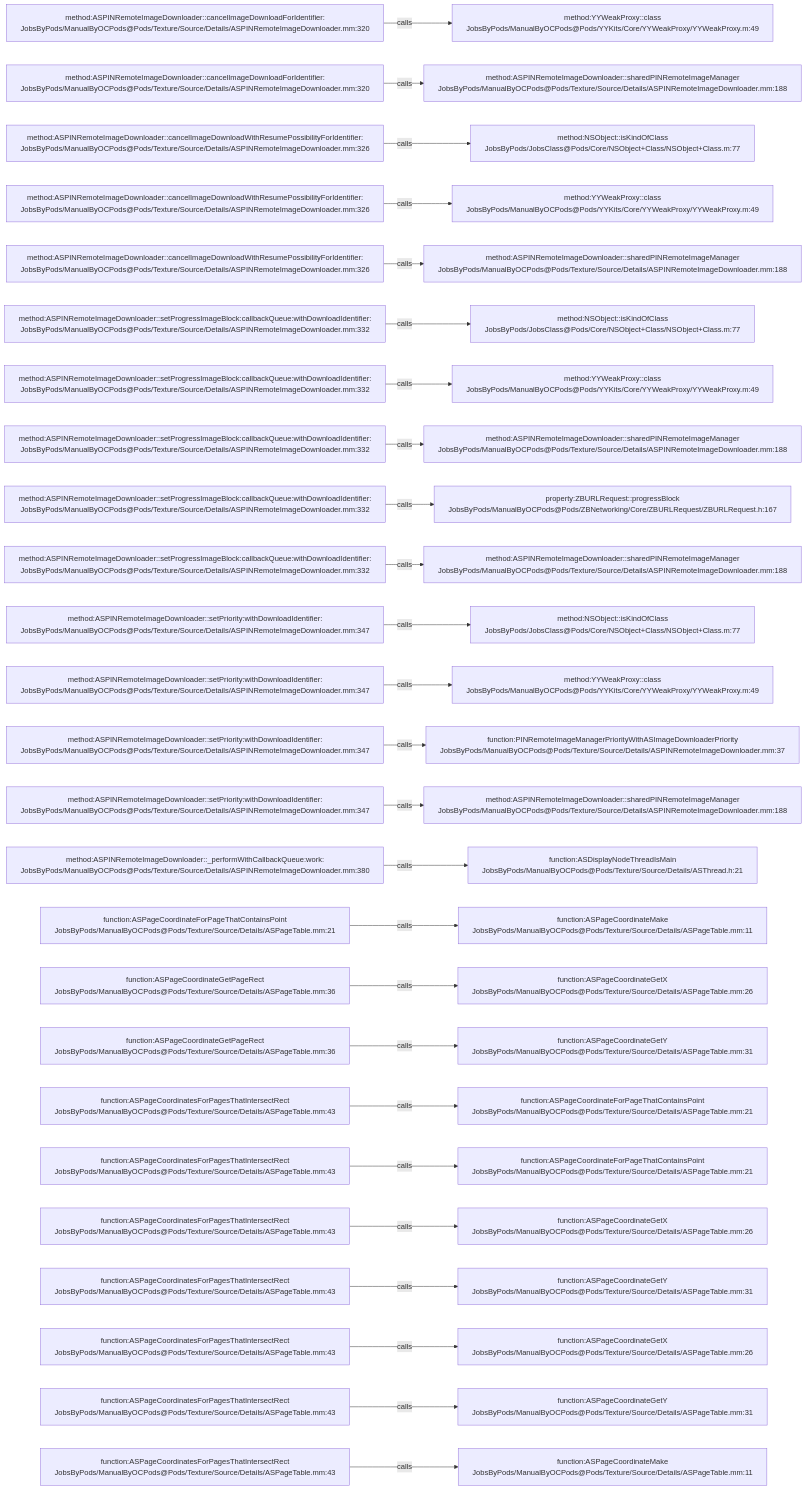
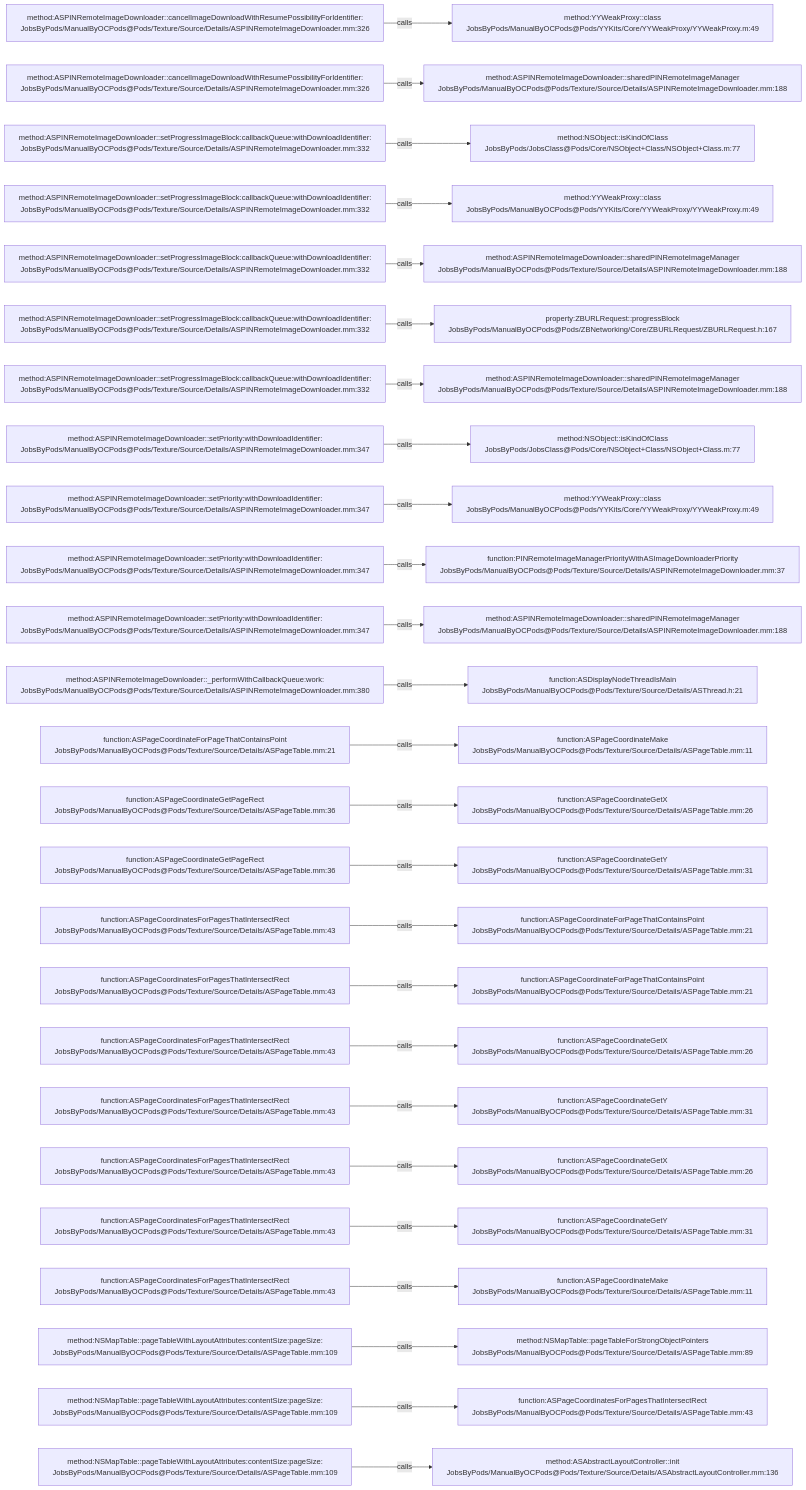
Before and after one commit to JobsKits/JobsOCBaseConfigDemo: the diagram in .codegraph/codegraph.md/graphs/calls-164.md, drawn with Mermaid. The commit also changed 342 other files, not shown here.

````diff
--- a/.codegraph/codegraph.md/graphs/calls-164.md
+++ b/.codegraph/codegraph.md/graphs/calls-164.md
@@ -13,78 +13,78 @@
 ```mermaid
 flowchart LR
-  S1["method:ASPINRemoteImageDownloader::cancelImageDownloadForIdentifier:<br/>JobsByPods/ManualByOCPods@Pods/Texture/Source/Details/ASPINRemoteImageDownloader.mm:320"]
+  S1["method:ASPINRemoteImageDownloader::cancelImageDownloadWithResumePossibilityForIdentifier:<br/>JobsByPods/ManualByOCPods@Pods/Texture/Source/Details/ASPINRemoteImageDownloader.mm:326"]
   T1["method:YYWeakProxy::class<br/>JobsByPods/ManualByOCPods@Pods/YYKits/Core/YYWeakProxy/YYWeakProxy.m:49"]
   S1 -->|calls| T1
-  S2["method:ASPINRemoteImageDownloader::cancelImageDownloadForIdentifier:<br/>JobsByPods/ManualByOCPods@Pods/Texture/Source/Details/ASPINRemoteImageDownloader.mm:320"]
+  S2["method:ASPINRemoteImageDownloader::cancelImageDownloadWithResumePossibilityForIdentifier:<br/>JobsByPods/ManualByOCPods@Pods/Texture/Source/Details/ASPINRemoteImageDownloader.mm:326"]
   T2["method:ASPINRemoteImageDownloader::sharedPINRemoteImageManager<br/>JobsByPods/ManualByOCPods@Pods/Texture/Source/Details/ASPINRemoteImageDownloader.mm:188"]
   S2 -->|calls| T2
-  S3["method:ASPINRemoteImageDownloader::cancelImageDownloadWithResumePossibilityForIdentifier:<br/>JobsByPods/ManualByOCPods@Pods/Texture/Source/Details/ASPINRemoteImageDownloader.mm:326"]
+  S3["method:ASPINRemoteImageDownloader::setProgressImageBlock:callbackQueue:withDownloadIdentifier:<br/>JobsByPods/ManualByOCPods@Pods/Texture/Source/Details/ASPINRemoteImageDownloader.mm:332"]
   T3["method:NSObject::isKindOfClass<br/>JobsByPods/JobsClass@Pods/Core/NSObject+Class/NSObject+Class.m:77"]
   S3 -->|calls| T3
-  S4["method:ASPINRemoteImageDownloader::cancelImageDownloadWithResumePossibilityForIdentifier:<br/>JobsByPods/ManualByOCPods@Pods/Texture/Source/Details/ASPINRemoteImageDownloader.mm:326"]
+  S4["method:ASPINRemoteImageDownloader::setProgressImageBlock:callbackQueue:withDownloadIdentifier:<br/>JobsByPods/ManualByOCPods@Pods/Texture/Source/Details/ASPINRemoteImageDownloader.mm:332"]
   T4["method:YYWeakProxy::class<br/>JobsByPods/ManualByOCPods@Pods/YYKits/Core/YYWeakProxy/YYWeakProxy.m:49"]
   S4 -->|calls| T4
-  S5["method:ASPINRemoteImageDownloader::cancelImageDownloadWithResumePossibilityForIdentifier:<br/>JobsByPods/ManualByOCPods@Pods/Texture/Source/Details/ASPINRemoteImageDownloader.mm:326"]
+  S5["method:ASPINRemoteImageDownloader::setProgressImageBlock:callbackQueue:withDownloadIdentifier:<br/>JobsByPods/ManualByOCPods@Pods/Texture/Source/Details/ASPINRemoteImageDownloader.mm:332"]
   T5["method:ASPINRemoteImageDownloader::sharedPINRemoteImageManager<br/>JobsByPods/ManualByOCPods@Pods/Texture/Source/Details/ASPINRemoteImageDownloader.mm:188"]
   S5 -->|calls| T5
   S6["method:ASPINRemoteImageDownloader::setProgressImageBlock:callbackQueue:withDownloadIdentifier:<br/>JobsByPods/ManualByOCPods@Pods/Texture/Source/Details/ASPINRemoteImageDownloader.mm:332"]
-  T6["method:NSObject::isKindOfClass<br/>JobsByPods/JobsClass@Pods/Core/NSObject+Class/NSObject+Class.m:77"]
+  T6["property:ZBURLRequest::progressBlock<br/>JobsByPods/ManualByOCPods@Pods/ZBNetworking/Core/ZBURLRequest/ZBURLRequest.h:167"]
   S6 -->|calls| T6
   S7["method:ASPINRemoteImageDownloader::setProgressImageBlock:callbackQueue:withDownloadIdentifier:<br/>JobsByPods/ManualByOCPods@Pods/Texture/Source/Details/ASPINRemoteImageDownloader.mm:332"]
-  T7["method:YYWeakProxy::class<br/>JobsByPods/ManualByOCPods@Pods/YYKits/Core/YYWeakProxy/YYWeakProxy.m:49"]
+  T7["method:ASPINRemoteImageDownloader::sharedPINRemoteImageManager<br/>JobsByPods/ManualByOCPods@Pods/Texture/Source/Details/ASPINRemoteImageDownloader.mm:188"]
   S7 -->|calls| T7
-  S8["method:ASPINRemoteImageDownloader::setProgressImageBlock:callbackQueue:withDownloadIdentifier:<br/>JobsByPods/ManualByOCPods@Pods/Texture/Source/Details/ASPINRemoteImageDownloader.mm:332"]
-  T8["method:ASPINRemoteImageDownloader::sharedPINRemoteImageManager<br/>JobsByPods/ManualByOCPods@Pods/Texture/Source/Details/ASPINRemoteImageDownloader.mm:188"]
+  S8["method:ASPINRemoteImageDownloader::setPriority:withDownloadIdentifier:<br/>JobsByPods/ManualByOCPods@Pods/Texture/Source/Details/ASPINRemoteImageDownloader.mm:347"]
+  T8["method:NSObject::isKindOfClass<br/>JobsByPods/JobsClass@Pods/Core/NSObject+Class/NSObject+Class.m:77"]
   S8 -->|calls| T8
-  S9["method:ASPINRemoteImageDownloader::setProgressImageBlock:callbackQueue:withDownloadIdentifier:<br/>JobsByPods/ManualByOCPods@Pods/Texture/Source/Details/ASPINRemoteImageDownloader.mm:332"]
-  T9["property:ZBURLRequest::progressBlock<br/>JobsByPods/ManualByOCPods@Pods/ZBNetworking/Core/ZBURLRequest/ZBURLRequest.h:167"]
+  S9["method:ASPINRemoteImageDownloader::setPriority:withDownloadIdentifier:<br/>JobsByPods/ManualByOCPods@Pods/Texture/Source/Details/ASPINRemoteImageDownloader.mm:347"]
+  T9["method:YYWeakProxy::class<br/>JobsByPods/ManualByOCPods@Pods/YYKits/Core/YYWeakProxy/YYWeakProxy.m:49"]
   S9 -->|calls| T9
-  S10["method:ASPINRemoteImageDownloader::setProgressImageBlock:callbackQueue:withDownloadIdentifier:<br/>JobsByPods/ManualByOCPods@Pods/Texture/Source/Details/ASPINRemoteImageDownloader.mm:332"]
-  T10["method:ASPINRemoteImageDownloader::sharedPINRemoteImageManager<br/>JobsByPods/ManualByOCPods@Pods/Texture/Source/Details/ASPINRemoteImageDownloader.mm:188"]
+  S10["method:ASPINRemoteImageDownloader::setPriority:withDownloadIdentifier:<br/>JobsByPods/ManualByOCPods@Pods/Texture/Source/Details/ASPINRemoteImageDownloader.mm:347"]
+  T10["function:PINRemoteImageManagerPriorityWithASImageDownloaderPriority<br/>JobsByPods/ManualByOCPods@Pods/Texture/Source/Details/ASPINRemoteImageDownloader.mm:37"]
   S10 -->|calls| T10
   S11["method:ASPINRemoteImageDownloader::setPriority:withDownloadIdentifier:<br/>JobsByPods/ManualByOCPods@Pods/Texture/Source/Details/ASPINRemoteImageDownloader.mm:347"]
-  T11["method:NSObject::isKindOfClass<br/>JobsByPods/JobsClass@Pods/Core/NSObject+Class/NSObject+Class.m:77"]
+  T11["method:ASPINRemoteImageDownloader::sharedPINRemoteImageManager<br/>JobsByPods/ManualByOCPods@Pods/Texture/Source/Details/ASPINRemoteImageDownloader.mm:188"]
   S11 -->|calls| T11
-  S12["method:ASPINRemoteImageDownloader::setPriority:withDownloadIdentifier:<br/>JobsByPods/ManualByOCPods@Pods/Texture/Source/Details/ASPINRemoteImageDownloader.mm:347"]
-  T12["method:YYWeakProxy::class<br/>JobsByPods/ManualByOCPods@Pods/YYKits/Core/YYWeakProxy/YYWeakProxy.m:49"]
+  S12["method:ASPINRemoteImageDownloader::_performWithCallbackQueue:work:<br/>JobsByPods/ManualByOCPods@Pods/Texture/Source/Details/ASPINRemoteImageDownloader.mm:380"]
+  T12["function:ASDisplayNodeThreadIsMain<br/>JobsByPods/ManualByOCPods@Pods/Texture/Source/Details/ASThread.h:21"]
   S12 -->|calls| T12
-  S13["method:ASPINRemoteImageDownloader::setPriority:withDownloadIdentifier:<br/>JobsByPods/ManualByOCPods@Pods/Texture/Source/Details/ASPINRemoteImageDownloader.mm:347"]
-  T13["function:PINRemoteImageManagerPriorityWithASImageDownloaderPriority<br/>JobsByPods/ManualByOCPods@Pods/Texture/Source/Details/ASPINRemoteImageDownloader.mm:37"]
+  S13["function:ASPageCoordinateForPageThatContainsPoint<br/>JobsByPods/ManualByOCPods@Pods/Texture/Source/Details/ASPageTable.mm:21"]
+  T13["function:ASPageCoordinateMake<br/>JobsByPods/ManualByOCPods@Pods/Texture/Source/Details/ASPageTable.mm:11"]
   S13 -->|calls| T13
-  S14["method:ASPINRemoteImageDownloader::setPriority:withDownloadIdentifier:<br/>JobsByPods/ManualByOCPods@Pods/Texture/Source/Details/ASPINRemoteImageDownloader.mm:347"]
-  T14["method:ASPINRemoteImageDownloader::sharedPINRemoteImageManager<br/>JobsByPods/ManualByOCPods@Pods/Texture/Source/Details/ASPINRemoteImageDownloader.mm:188"]
+  S14["function:ASPageCoordinateGetPageRect<br/>JobsByPods/ManualByOCPods@Pods/Texture/Source/Details/ASPageTable.mm:36"]
+  T14["function:ASPageCoordinateGetX<br/>JobsByPods/ManualByOCPods@Pods/Texture/Source/Details/ASPageTable.mm:26"]
   S14 -->|calls| T14
-  S15["method:ASPINRemoteImageDownloader::_performWithCallbackQueue:work:<br/>JobsByPods/ManualByOCPods@Pods/Texture/Source/Details/ASPINRemoteImageDownloader.mm:380"]
-  T15["function:ASDisplayNodeThreadIsMain<br/>JobsByPods/ManualByOCPods@Pods/Texture/Source/Details/ASThread.h:21"]
+  S15["function:ASPageCoordinateGetPageRect<br/>JobsByPods/ManualByOCPods@Pods/Texture/Source/Details/ASPageTable.mm:36"]
+  T15["function:ASPageCoordinateGetY<br/>JobsByPods/ManualByOCPods@Pods/Texture/Source/Details/ASPageTable.mm:31"]
   S15 -->|calls| T15
-  S16["function:ASPageCoordinateForPageThatContainsPoint<br/>JobsByPods/ManualByOCPods@Pods/Texture/Source/Details/ASPageTable.mm:21"]
-  T16["function:ASPageCoordinateMake<br/>JobsByPods/ManualByOCPods@Pods/Texture/Source/Details/ASPageTable.mm:11"]
+  S16["function:ASPageCoordinatesForPagesThatIntersectRect<br/>JobsByPods/ManualByOCPods@Pods/Texture/Source/Details/ASPageTable.mm:43"]
+  T16["function:ASPageCoordinateForPageThatContainsPoint<br/>JobsByPods/ManualByOCPods@Pods/Texture/Source/Details/ASPageTable.mm:21"]
   S16 -->|calls| T16
-  S17["function:ASPageCoordinateGetPageRect<br/>JobsByPods/ManualByOCPods@Pods/Texture/Source/Details/ASPageTable.mm:36"]
-  T17["function:ASPageCoordinateGetX<br/>JobsByPods/ManualByOCPods@Pods/Texture/Source/Details/ASPageTable.mm:26"]
+  S17["function:ASPageCoordinatesForPagesThatIntersectRect<br/>JobsByPods/ManualByOCPods@Pods/Texture/Source/Details/ASPageTable.mm:43"]
+  T17["function:ASPageCoordinateForPageThatContainsPoint<br/>JobsByPods/ManualByOCPods@Pods/Texture/Source/Details/ASPageTable.mm:21"]
   S17 -->|calls| T17
-  S18["function:ASPageCoordinateGetPageRect<br/>JobsByPods/ManualByOCPods@Pods/Texture/Source/Details/ASPageTable.mm:36"]
-  T18["function:ASPageCoordinateGetY<br/>JobsByPods/ManualByOCPods@Pods/Texture/Source/Details/ASPageTable.mm:31"]
+  S18["function:ASPageCoordinatesForPagesThatIntersectRect<br/>JobsByPods/ManualByOCPods@Pods/Texture/Source/Details/ASPageTable.mm:43"]
+  T18["function:ASPageCoordinateGetX<br/>JobsByPods/ManualByOCPods@Pods/Texture/Source/Details/ASPageTable.mm:26"]
   S18 -->|calls| T18
   S19["function:ASPageCoordinatesForPagesThatIntersectRect<br/>JobsByPods/ManualByOCPods@Pods/Texture/Source/Details/ASPageTable.mm:43"]
-  T19["function:ASPageCoordinateForPageThatContainsPoint<br/>JobsByPods/ManualByOCPods@Pods/Texture/Source/Details/ASPageTable.mm:21"]
+  T19["function:ASPageCoordinateGetY<br/>JobsByPods/ManualByOCPods@Pods/Texture/Source/Details/ASPageTable.mm:31"]
   S19 -->|calls| T19
   S20["function:ASPageCoordinatesForPagesThatIntersectRect<br/>JobsByPods/ManualByOCPods@Pods/Texture/Source/Details/ASPageTable.mm:43"]
-  T20["function:ASPageCoordinateForPageThatContainsPoint<br/>JobsByPods/ManualByOCPods@Pods/Texture/Source/Details/ASPageTable.mm:21"]
+  T20["function:ASPageCoordinateGetX<br/>JobsByPods/ManualByOCPods@Pods/Texture/Source/Details/ASPageTable.mm:26"]
   S20 -->|calls| T20
   S21["function:ASPageCoordinatesForPagesThatIntersectRect<br/>JobsByPods/ManualByOCPods@Pods/Texture/Source/Details/ASPageTable.mm:43"]
-  T21["function:ASPageCoordinateGetX<br/>JobsByPods/ManualByOCPods@Pods/Texture/Source/Details/ASPageTable.mm:26"]
+  T21["function:ASPageCoordinateGetY<br/>JobsByPods/ManualByOCPods@Pods/Texture/Source/Details/ASPageTable.mm:31"]
   S21 -->|calls| T21
   S22["function:ASPageCoordinatesForPagesThatIntersectRect<br/>JobsByPods/ManualByOCPods@Pods/Texture/Source/Details/ASPageTable.mm:43"]
-  T22["function:ASPageCoordinateGetY<br/>JobsByPods/ManualByOCPods@Pods/Texture/Source/Details/ASPageTable.mm:31"]
+  T22["function:ASPageCoordinateMake<br/>JobsByPods/ManualByOCPods@Pods/Texture/Source/Details/ASPageTable.mm:11"]
   S22 -->|calls| T22
-  S23["function:ASPageCoordinatesForPagesThatIntersectRect<br/>JobsByPods/ManualByOCPods@Pods/Texture/Source/Details/ASPageTable.mm:43"]
-  T23["function:ASPageCoordinateGetX<br/>JobsByPods/ManualByOCPods@Pods/Texture/Source/Details/ASPageTable.mm:26"]
+  S23["method:NSMapTable::pageTableWithLayoutAttributes:contentSize:pageSize:<br/>JobsByPods/ManualByOCPods@Pods/Texture/Source/Details/ASPageTable.mm:109"]
+  T23["method:NSMapTable::pageTableForStrongObjectPointers<br/>JobsByPods/ManualByOCPods@Pods/Texture/Source/Details/ASPageTable.mm:89"]
   S23 -->|calls| T23
-  S24["function:ASPageCoordinatesForPagesThatIntersectRect<br/>JobsByPods/ManualByOCPods@Pods/Texture/Source/Details/ASPageTable.mm:43"]
-  T24["function:ASPageCoordinateGetY<br/>JobsByPods/ManualByOCPods@Pods/Texture/Source/Details/ASPageTable.mm:31"]
+  S24["method:NSMapTable::pageTableWithLayoutAttributes:contentSize:pageSize:<br/>JobsByPods/ManualByOCPods@Pods/Texture/Source/Details/ASPageTable.mm:109"]
+  T24["function:ASPageCoordinatesForPagesThatIntersectRect<br/>JobsByPods/ManualByOCPods@Pods/Texture/Source/Details/ASPageTable.mm:43"]
   S24 -->|calls| T24
-  S25["function:ASPageCoordinatesForPagesThatIntersectRect<br/>JobsByPods/ManualByOCPods@Pods/Texture/Source/Details/ASPageTable.mm:43"]
-  T25["function:ASPageCoordinateMake<br/>JobsByPods/ManualByOCPods@Pods/Texture/Source/Details/ASPageTable.mm:11"]
+  S25["method:NSMapTable::pageTableWithLayoutAttributes:contentSize:pageSize:<br/>JobsByPods/ManualByOCPods@Pods/Texture/Source/Details/ASPageTable.mm:109"]
+  T25["method:ASAbstractLayoutController::init<br/>JobsByPods/ManualByOCPods@Pods/Texture/Source/Details/ASAbstractLayoutController.mm:136"]
   S25 -->|calls| T25
 ```
````
